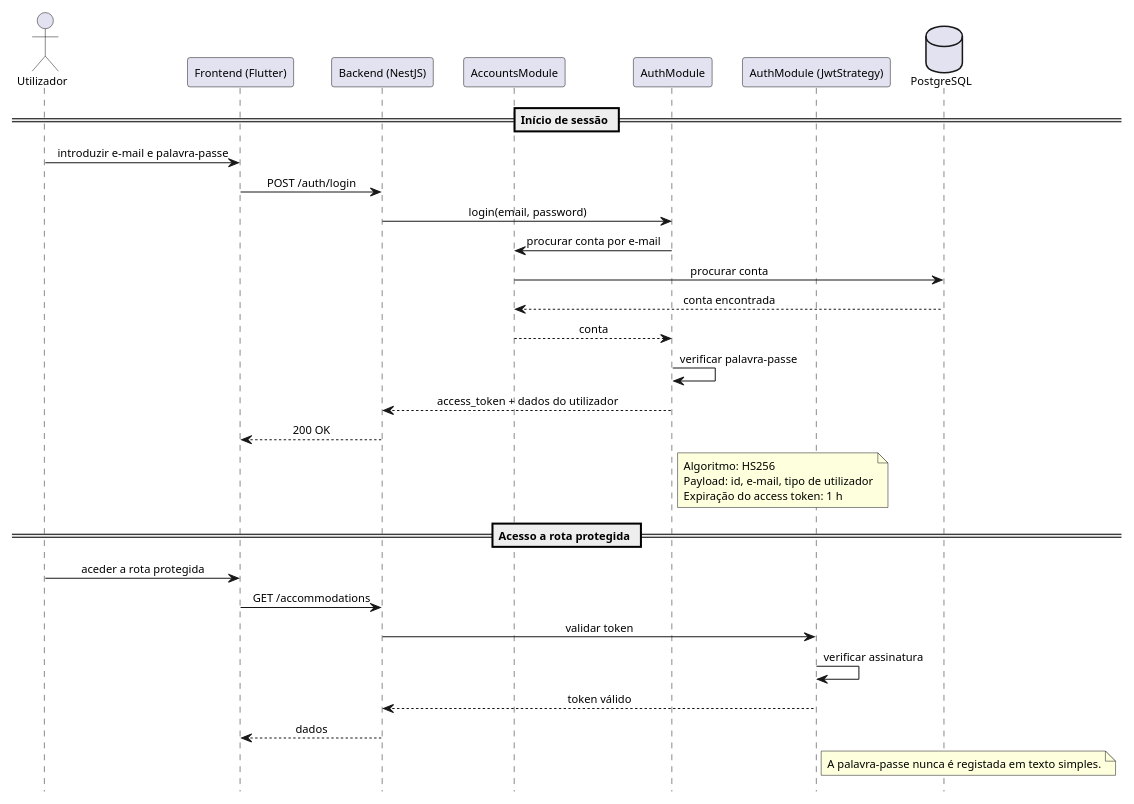
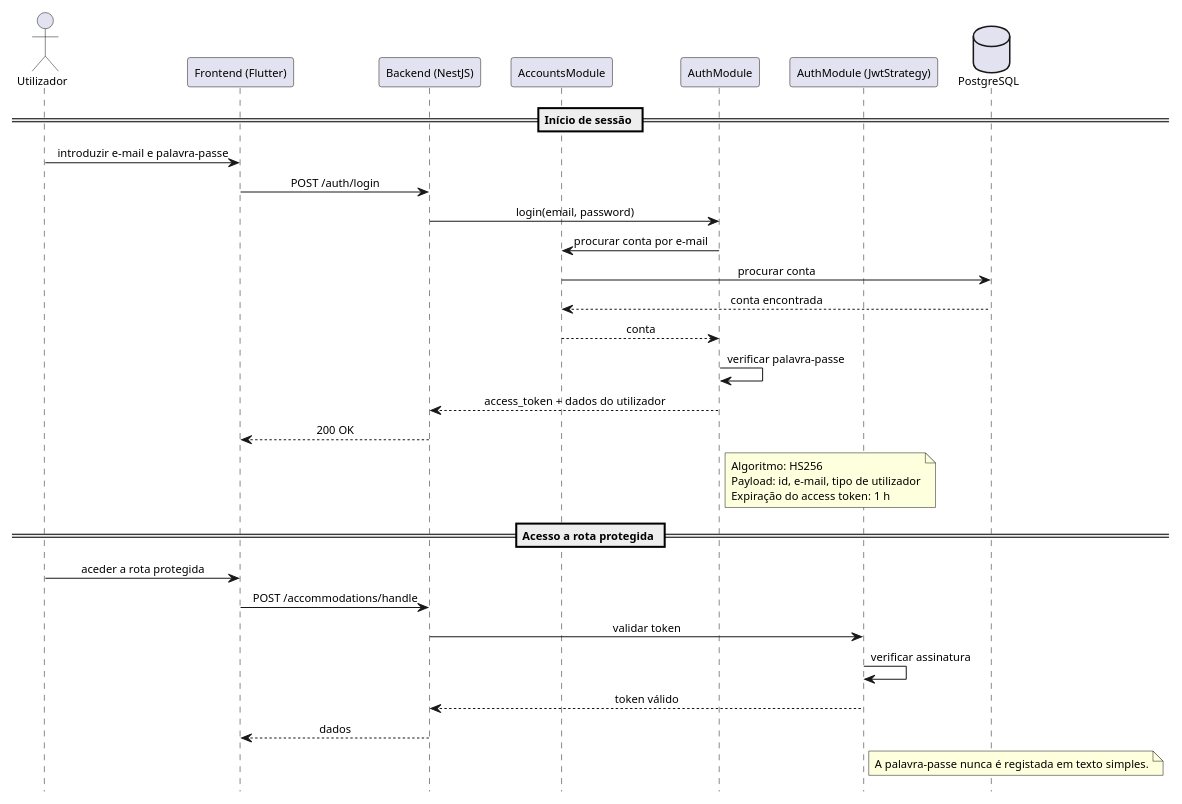
One commit to alegna83/cookbook-be changed the diagram in docs/diagrams/component-auth-sessions.puml. Above: the diagram before and after it, drawn with PlantUML. The commit also changed 1 other file, not shown here.

```diff
--- a/docs/diagrams/component-auth-sessions.puml
+++ b/docs/diagrams/component-auth-sessions.puml
@@ -1,54 +1,54 @@
 @startuml
 scale 0.85
 hide footbox
 skinparam defaultFontName Arial
 skinparam defaultFontSize 11
 skinparam maxMessageSize 200
 skinparam sequence {
   ParticipantPadding 10
   BoxPadding 8
   MessageAlign center
   ArrowThickness 1
 }
 
 actor Utilizador
 participant "Frontend (Flutter)" as FE
 participant "Backend (NestJS)" as BE
 participant "AccountsModule" as ACC
 participant "AuthModule" as AUTH
 participant "AuthModule (JwtStrategy)" as JWT
 database "PostgreSQL" as DB
 
 == Início de sessão ==
 
 Utilizador -> FE: introduzir e-mail e palavra-passe
 FE -> BE: POST /auth/login
 BE -> AUTH: login(email, password)
 AUTH -> ACC: procurar conta por e-mail
 ACC -> DB: procurar conta
 DB --> ACC: conta encontrada
 ACC --> AUTH: conta
 AUTH -> AUTH: verificar palavra-passe
 AUTH --> BE: access_token + dados do utilizador
 BE --> FE: 200 OK
 
 note right of AUTH
 Algoritmo: HS256
 Payload: id, e-mail, tipo de utilizador
 Expiração do access token: 1 h
 end note
 
 == Acesso a rota protegida ==
 
 Utilizador -> FE: aceder a rota protegida
-FE -> BE: GET /accommodations
+FE -> BE: POST /accommodations/handle
 BE -> JWT: validar token
 JWT -> JWT: verificar assinatura
 JWT --> BE: token válido
 BE --> FE: dados
 
 note right of JWT
 A palavra-passe nunca é registada em texto simples.
 end note
 
 @enduml
```
